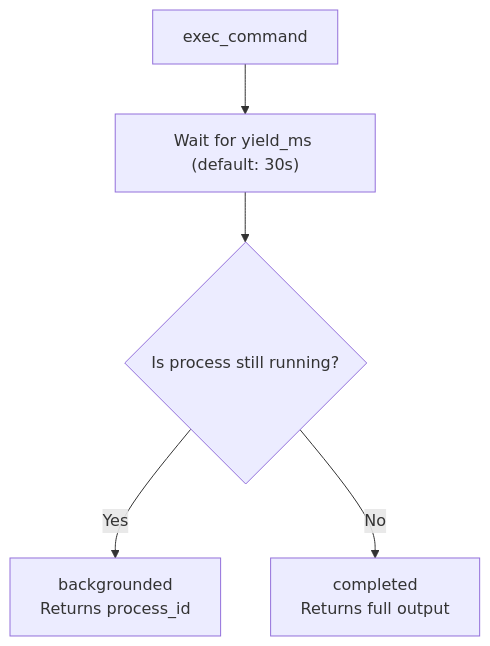
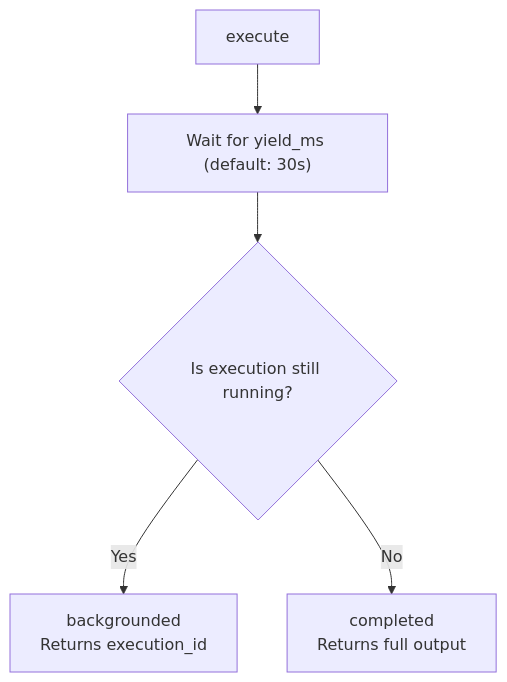
The diagram in README.md (crzidea/mcp-yieldshell), drawn with Mermaid before and after one commit. The commit also changed other lines of this file and 1 other file, not shown here.

Commit message:
docs: add execution terminology migration guide

````diff
--- a/README.md
+++ b/README.md
@@ -11,7 +14,7 @@
 ```mermaid
 graph TD
-    A[exec_command] --> B["Wait for yield_ms (default: 30s)"]
-    B --> C{Is process still running?}
-    C -->|Yes| D["backgrounded<br>Returns process_id"]
+    A[execute] --> B["Wait for yield_ms (default: 30s)"]
+    B --> C{Is execution still running?}
+    C -->|Yes| D["backgrounded<br>Returns execution_id"]
     C -->|No| E["completed<br>Returns full output"]
 ```
````
